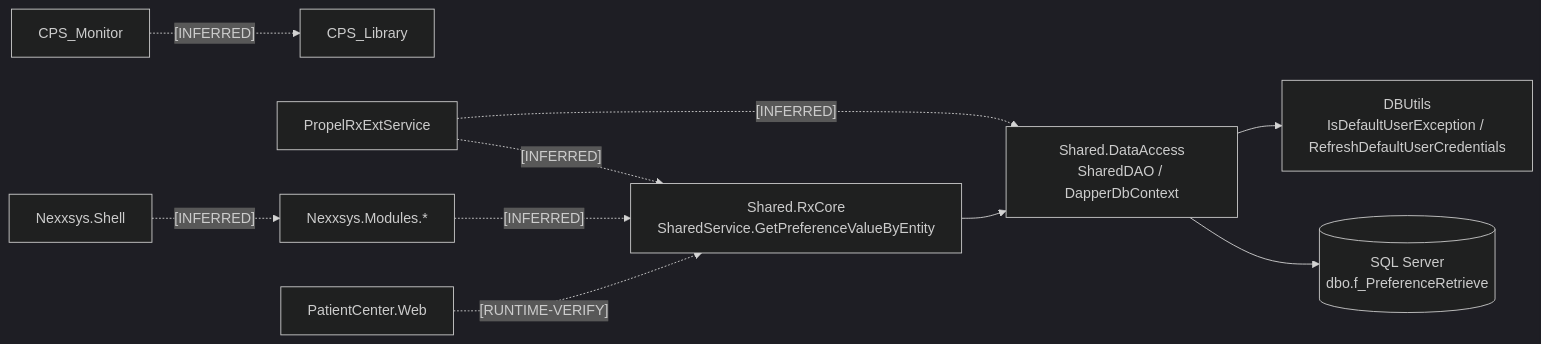
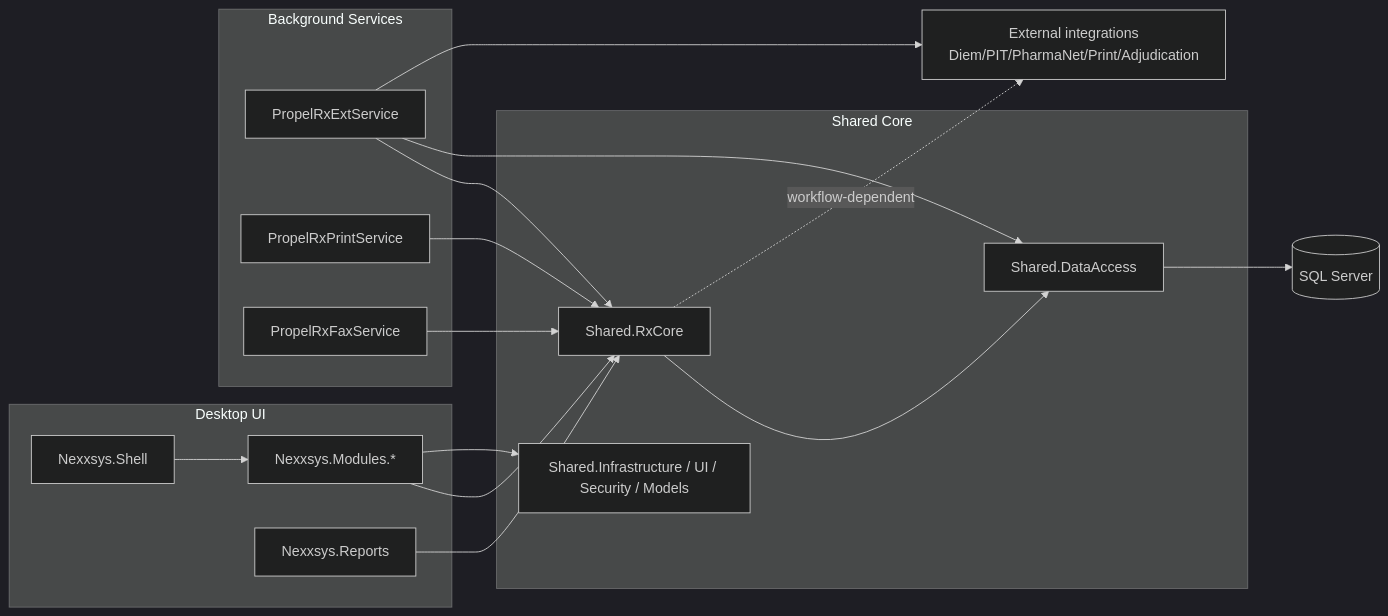
One commit to straycoder2026/tester changed the diagram in Phase1_Solution_Inventory_Assessment.md. Above: the diagram before and after it, drawn with Mermaid (dark theme). The commit also changed other lines of this file, not shown here.

````diff
--- a/Phase1_Solution_Inventory_Assessment.md
+++ b/Phase1_Solution_Inventory_Assessment.md
@@ -96,16 +114,36 @@
 ```mermaid
 flowchart LR
-    RX[Shared.RxCore\nSharedService.GetPreferenceValueByEntity] --> DA[Shared.DataAccess\nSharedDAO / DapperDbContext]
-    DA --> DB[(SQL Server\n dbo.f_PreferenceRetrieve)]
-    DA --> U[DBUtils\nIsDefaultUserException / RefreshDefaultUserCredentials]
+	subgraph UI[Desktop UI]
+		SHELL[Nexxsys.Shell]
+		MODS[Nexxsys.Modules.*]
+		RPTUI[Nexxsys.Reports]
+	end
 
-    SH[Nexxsys.Shell] -. [INFERRED] .-> MOD[Nexxsys.Modules.*]
-    MOD -. [INFERRED] .-> RX
+	subgraph CORE[Shared Core]
+		SVC[Shared.RxCore]
+		DAL[Shared.DataAccess]
+		INF[Shared.Infrastructure / UI / Security / Models]
+	end
 
-    EXT[PropelRxExtService] -. [INFERRED] .-> RX
-    EXT -. [INFERRED] .-> DA
+	subgraph WORKERS[Background Services]
+		EXTW[PropelRxExtService]
+		PRNW[PropelRxPrintService]
+		FAXW[PropelRxFaxService]
+	end
 
-    CPS[CPS_Monitor] -. [INFERRED] .-> CPSL[CPS_Library]
+	DB[(SQL Server)]
+	EXT[External integrations\nDiem/PIT/PharmaNet/Print/Adjudication]
 
-    WEB[PatientCenter.Web] -. [RUNTIME-VERIFY] .-> RX
+	SHELL --> MODS
+	MODS --> SVC
+	RPTUI --> SVC
+	SVC --> DAL
+	DAL --> DB
+	MODS --> INF
+	EXTW --> SVC
+	EXTW --> DAL
+	PRNW --> SVC
+	FAXW --> SVC
+	EXTW --> EXT
+	SVC -. workflow-dependent .-> EXT
 ```
````
